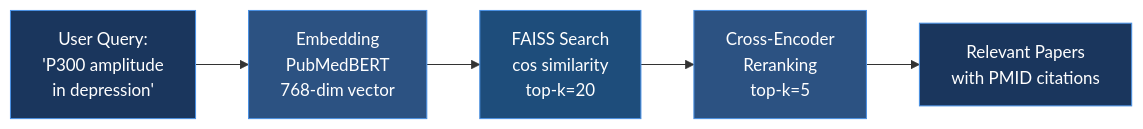
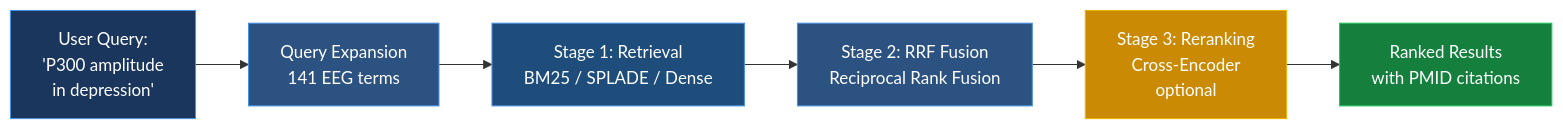
Before and after one commit to hkevin01/eeg-rag: the ninth of 26 diagrams in README.md, drawn with Mermaid. The commit also changed other lines of this file, not shown here.

Commit message:
feat: Enhance README with advanced retrieval features and performance metrics

````diff
--- a/README.md
+++ b/README.md
@@ -1014,13 +1108,15 @@
 ```mermaid
 flowchart LR
-    Q[User Query:<br/>'P300 amplitude<br/>in depression'] --> EMB[Embedding<br/>PubMedBERT<br/>768-dim vector]
-    EMB --> FAISS[FAISS Search<br/>cos similarity<br/>top-k=20]
-    FAISS --> RERANK[Cross-Encoder<br/>Reranking<br/>top-k=5]
-    RERANK --> DOCS[Relevant Papers<br/>with PMID citations]
+    Q[User Query:<br/>'P300 amplitude<br/>in depression'] --> EXP[Query Expansion<br/>141 EEG terms]
+    EXP --> STAGE1[Stage 1: Retrieval<br/>BM25 / SPLADE / Dense]
+    STAGE1 --> RRF[Stage 2: RRF Fusion<br/>Reciprocal Rank Fusion]
+    RRF --> RERANK[Stage 3: Reranking<br/>Cross-Encoder<br/>optional]
+    RERANK --> DOCS[Ranked Results<br/>with PMID citations]
 
     style Q fill:#1a365d,stroke:#4a90e2,color:#fff
-    style EMB fill:#2c5282,stroke:#4a90e2,color:#fff
-    style FAISS fill:#1e4d7b,stroke:#4a90e2,color:#fff
-    style RERANK fill:#2c5282,stroke:#4a90e2,color:#fff
-    style DOCS fill:#1a365d,stroke:#4a90e2,color:#fff
+    style EXP fill:#2c5282,stroke:#4a90e2,color:#fff
+    style STAGE1 fill:#1e4d7b,stroke:#4a90e2,color:#fff
+    style RRF fill:#2c5282,stroke:#4a90e2,color:#fff
+    style RERANK fill:#ca8a04,stroke:#eab308,color:#fff
+    style DOCS fill:#15803d,stroke:#22c55e,color:#fff
 ```
````
